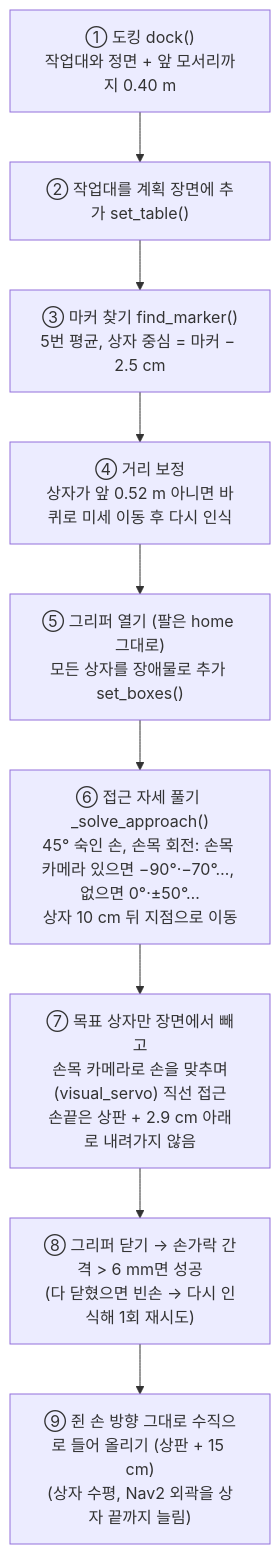
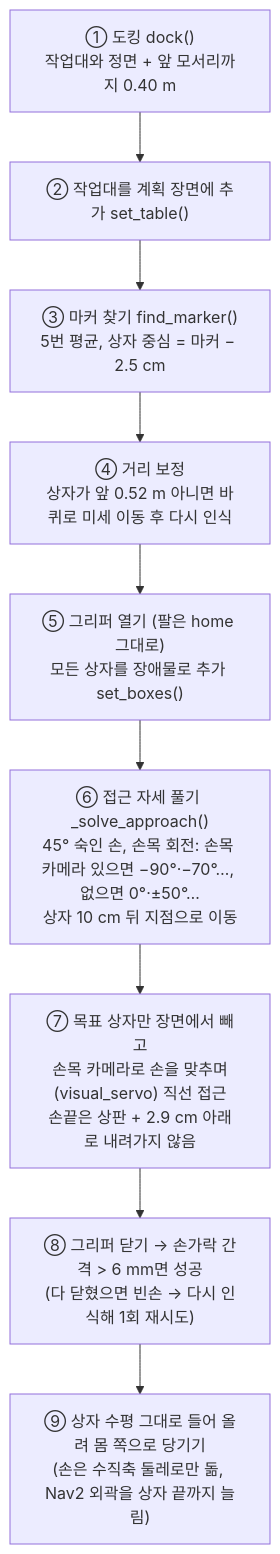
Before and after one commit to aha645/openarms_llm_ex: the diagram in doc/wheel/day2-02-aruco-pick-place.md, drawn with Mermaid. The commit also changed other lines of this file and 2 other files, not shown here.

Commit message:
바퀴형: 상자를 수평으로 유지한 채 몸 쪽으로 당김 (손의 수직축 방향만 돌려 팔이 닿는 직선을 고름)

````diff
--- a/doc/wheel/day2-02-aruco-pick-place.md
+++ b/doc/wheel/day2-02-aruco-pick-place.md
@@ -53,11 +53,11 @@
 ```mermaid
 flowchart TB
   A["① 도킹 dock()<br/>작업대와 정면 + 앞 모서리까지 0.40 m"] --> B["② 작업대를 계획 장면에 추가 set_table()"]
   B --> C["③ 마커 찾기 find_marker()<br/>5번 평균, 상자 중심 = 마커 − 2.5 cm"]
   C --> D["④ 거리 보정<br/>상자가 앞 0.52 m 아니면 바퀴로 미세 이동 후 다시 인식"]
   D --> E["⑤ 그리퍼 열기 (팔은 home 그대로)<br/>모든 상자를 장애물로 추가 set_boxes()"]
   E --> F["⑥ 접근 자세 풀기 _solve_approach()<br/>45° 숙인 손, 손목 회전: 손목 카메라 있으면 −90°·−70°…, 없으면 0°·±50°…<br/>상자 10 cm 뒤 지점으로 이동"]
   F --> G["⑦ 목표 상자만 장면에서 빼고<br/>손목 카메라로 손을 맞추며(visual_servo) 직선 접근<br/>손끝은 상판 + 2.9 cm 아래로 내려가지 않음"]
   G --> H["⑧ 그리퍼 닫기 → 손가락 간격 > 6 mm면 성공<br/>(다 닫혔으면 빈손 → 다시 인식해 1회 재시도)"]
-  H --> I["⑨ 쥔 손 방향 그대로 수직으로 들어 올리기 (상판 + 15 cm)<br/>(상자 수평, Nav2 외곽을 상자 끝까지 늘림)"]
+  H --> I["⑨ 상자 수평 그대로 들어 올려 몸 쪽으로 당기기<br/>(손은 수직축 둘레로만 돎, Nav2 외곽을 상자 끝까지 늘림)"]
 ```
````
